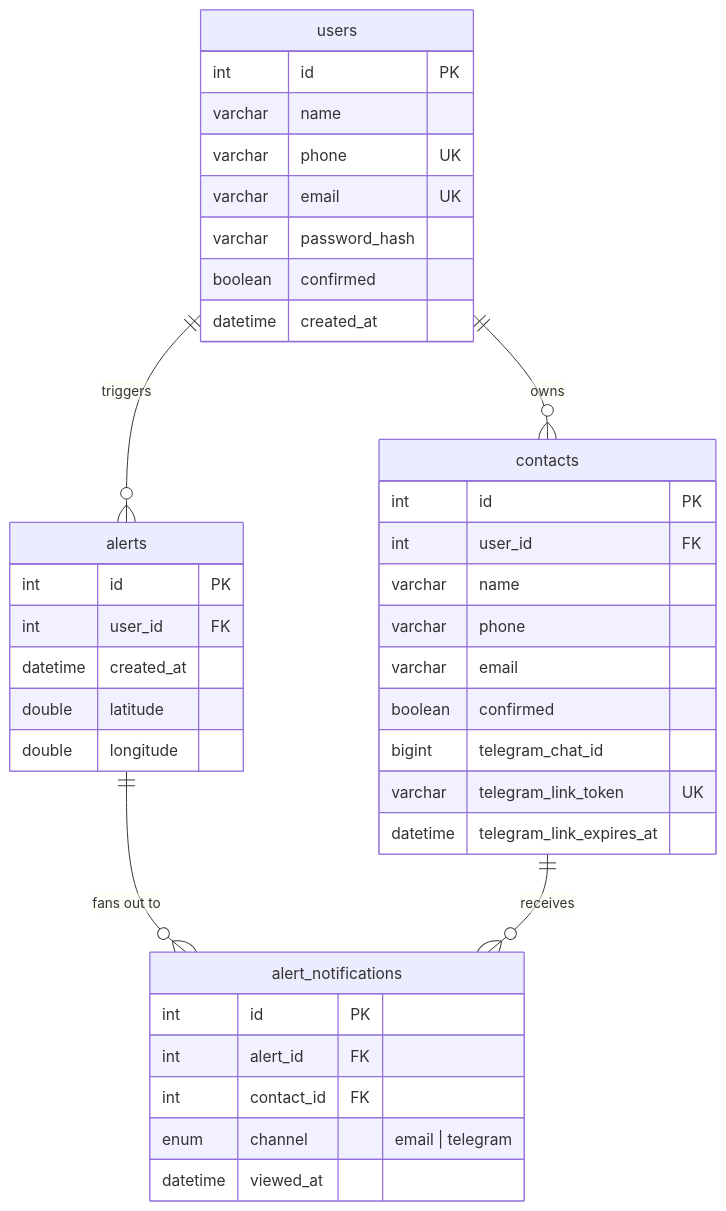
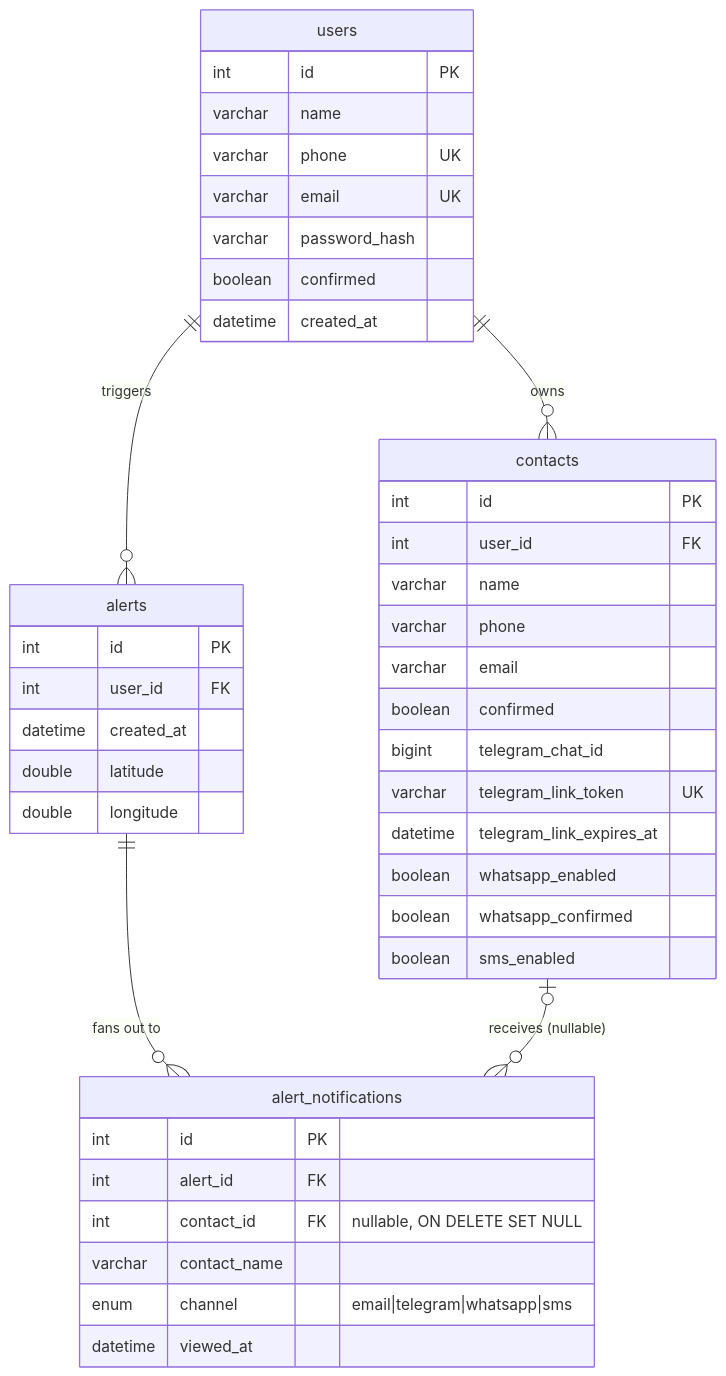
Before and after one commit to skellent/iOS-compiler: the diagram in docs/en/backend/database.md, drawn with Mermaid. The commit also changed other lines of this file and 25 other files, not shown here.

````diff
--- a/docs/en/backend/database.md
+++ b/docs/en/backend/database.md
@@ -7,42 +7,46 @@
 ```mermaid
 erDiagram
-    users ||--o{ contacts : "owns"
-    users ||--o{ alerts : "triggers"
+    users ||--o{ contacts : owns
+    users ||--o{ alerts : triggers
     alerts ||--o{ alert_notifications : "fans out to"
-    contacts ||--o{ alert_notifications : "receives"
+    contacts |o--o{ alert_notifications : "receives (nullable)"
 
     users {
         int id PK
         varchar name
         varchar phone UK
         varchar email UK
         varchar password_hash
         boolean confirmed
         datetime created_at
     }
     contacts {
         int id PK
         int user_id FK
         varchar name
         varchar phone
         varchar email
         boolean confirmed
         bigint telegram_chat_id
         varchar telegram_link_token UK
         datetime telegram_link_expires_at
+        boolean whatsapp_enabled
+        boolean whatsapp_confirmed
+        boolean sms_enabled
     }
     alerts {
         int id PK
         int user_id FK
         datetime created_at
         double latitude
         double longitude
     }
     alert_notifications {
         int id PK
         int alert_id FK
-        int contact_id FK
-        enum channel "email | telegram"
+        int contact_id FK "nullable, ON DELETE SET NULL"
+        varchar contact_name
+        enum channel "email|telegram|whatsapp|sms"
         datetime viewed_at
     }
 ```
````
